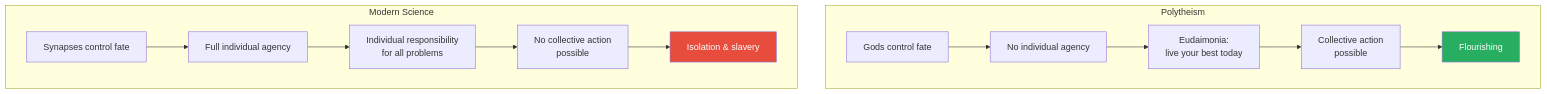
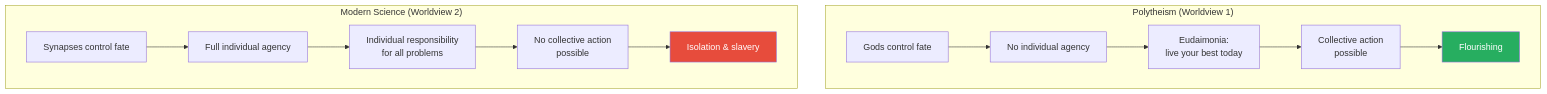
The fifth of 10 diagrams in summaries/Lectures/Secret History/01 - How Power Works.md (alius33/reader), drawn with Mermaid before and after one commit. The commit also changed other lines of this file and 26 other files, not shown here.

````diff
--- a/summaries/Lectures/Secret History/01 - How Power Works.md
+++ b/summaries/Lectures/Secret History/01 - How Power Works.md
@@ -309,17 +310,17 @@
 ```mermaid
 flowchart TB
-    subgraph P["Polytheism"]
+    subgraph P["Polytheism (Worldview 1)"]
         P1["Gods control fate"] --> P2["No individual agency"]
         P2 --> P3["Eudaimonia:<br/>live your best today"]
         P3 --> P4["Collective action<br/>possible"]
         P4 --> P5["Flourishing"]
     end
-    subgraph M["Modern Science"]
+    subgraph M["Modern Science (Worldview 2)"]
         M1["Synapses control fate"] --> M2["Full individual agency"]
         M2 --> M3["Individual responsibility<br/>for all problems"]
         M3 --> M4["No collective action<br/>possible"]
         M4 --> M5["Isolation & slavery"]
     end
     style P5 fill:#27ae60,color:#fff
     style M5 fill:#e74c3c,color:#fff
 ```
````
